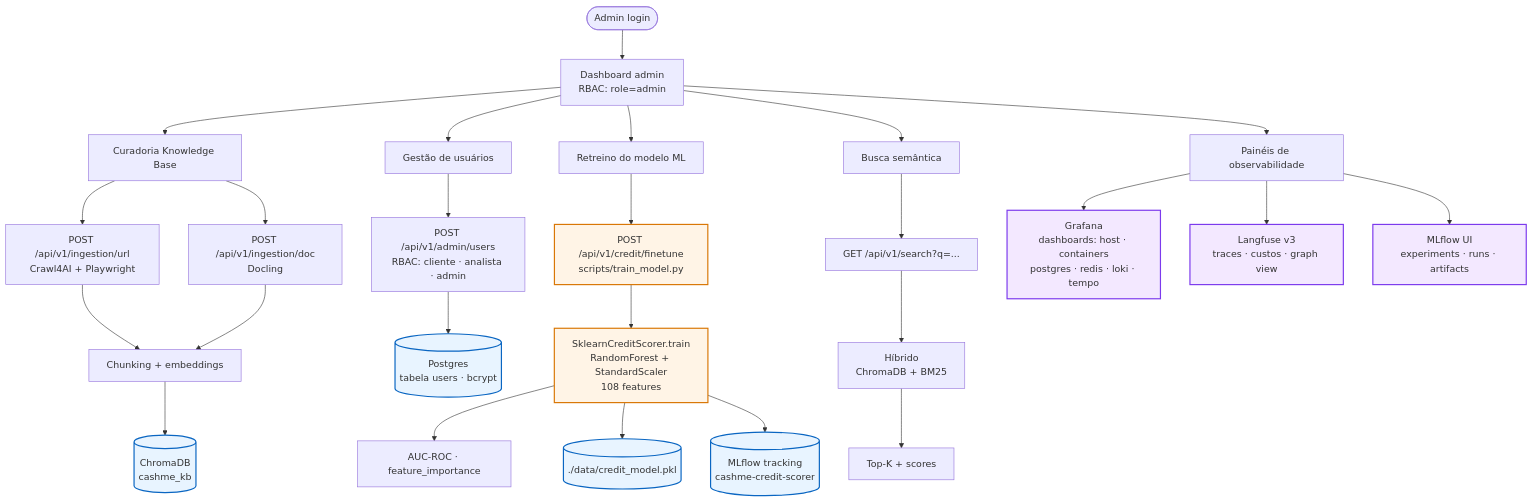
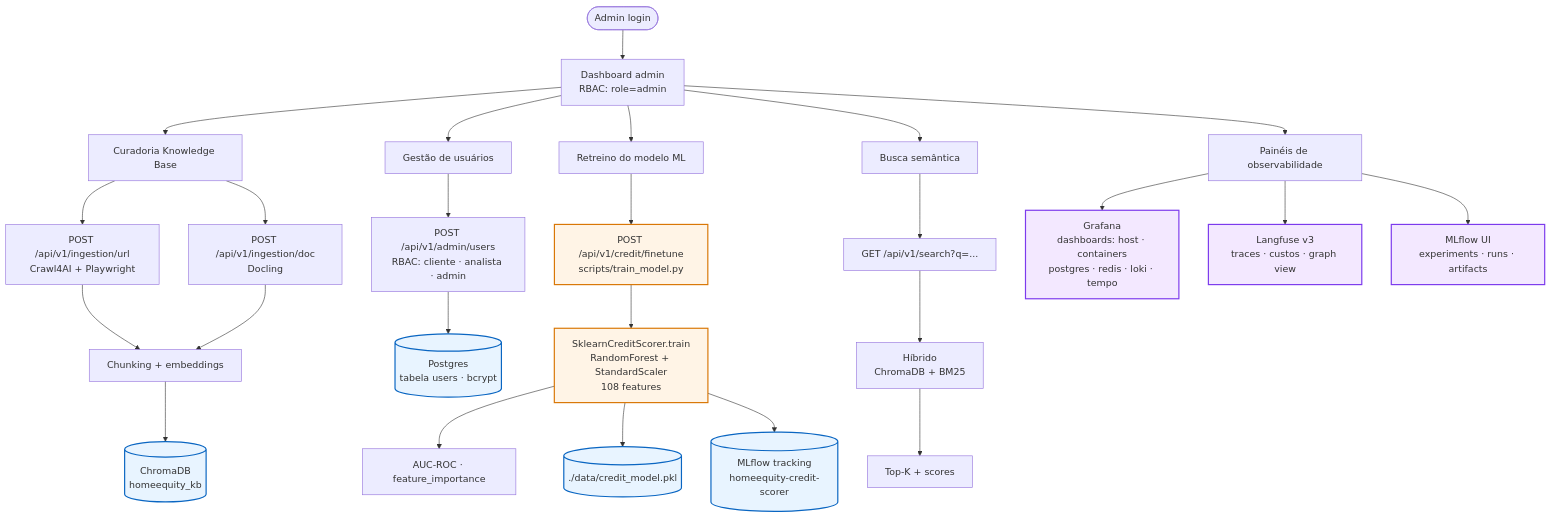
Before and after one commit to madsonar/home-equity: the diagram in .doc/flows/flow-admin.mmd, drawn with Mermaid. The commit also changed 57 other files, not shown here.

```diff
--- a/.doc/flows/flow-admin.mmd
+++ b/.doc/flows/flow-admin.mmd
@@ -1,38 +1,38 @@
 flowchart TD
     Login([Admin login]) --> Panel[Dashboard admin<br/>RBAC: role=admin]
 
     Panel --> KB[Curadoria Knowledge Base]
     Panel --> Users[Gestão de usuários]
     Panel --> ML[Retreino do modelo ML]
     Panel --> Search[Busca semântica]
     Panel --> Obs[Painéis de observabilidade]
 
     KB --> IngURL[POST /api/v1/ingestion/url<br/>Crawl4AI + Playwright]
     KB --> IngDoc[POST /api/v1/ingestion/doc<br/>Docling]
     IngURL --> Chunk[Chunking + embeddings]
     IngDoc --> Chunk
-    Chunk --> ChromaWrite[(ChromaDB<br/>cashme_kb)]
+    Chunk --> ChromaWrite[(ChromaDB<br/>homeequity_kb)]
 
     Users --> CRUD[POST /api/v1/admin/users<br/>RBAC: cliente · analista · admin]
     CRUD --> PG[(Postgres<br/>tabela users · bcrypt)]
 
     ML --> Train[POST /api/v1/credit/finetune<br/>scripts/train_model.py]
     Train --> Pipeline[SklearnCreditScorer.train<br/>RandomForest + StandardScaler<br/>108 features]
     Pipeline --> AUC[AUC-ROC · feature_importance]
     Pipeline --> Save[(./data/credit_model.pkl)]
-    Pipeline --> MLflow[(MLflow tracking<br/>cashme-credit-scorer)]
+    Pipeline --> MLflow[(MLflow tracking<br/>homeequity-credit-scorer)]
 
     Search --> SearchAPI[GET /api/v1/search?q=...]
     SearchAPI --> Hybrid[Híbrido<br/>ChromaDB + BM25]
     Hybrid --> Results[Top-K + scores]
 
     Obs --> Graf[Grafana<br/>dashboards: host · containers<br/>postgres · redis · loki · tempo]
     Obs --> LF[Langfuse v3<br/>traces · custos · graph view]
     Obs --> MLF2[MLflow UI<br/>experiments · runs · artifacts]
 
     classDef store fill:#e8f4ff,stroke:#0a66c2,stroke-width:2px;
     classDef ml fill:#fff4e6,stroke:#d97706,stroke-width:2px;
     classDef obs fill:#f3e8ff,stroke:#7c3aed,stroke-width:2px;
     class ChromaWrite,PG,Save,MLflow store
     class Pipeline,Train ml
     class Graf,LF,MLF2 obs
```
